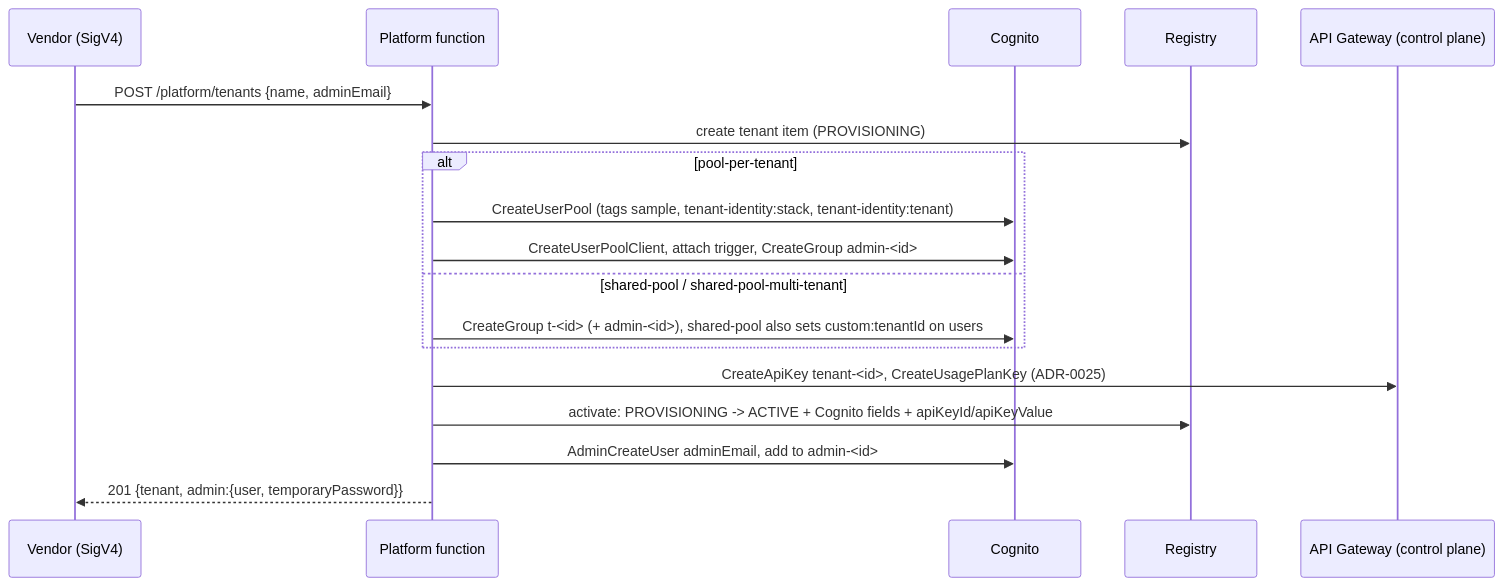
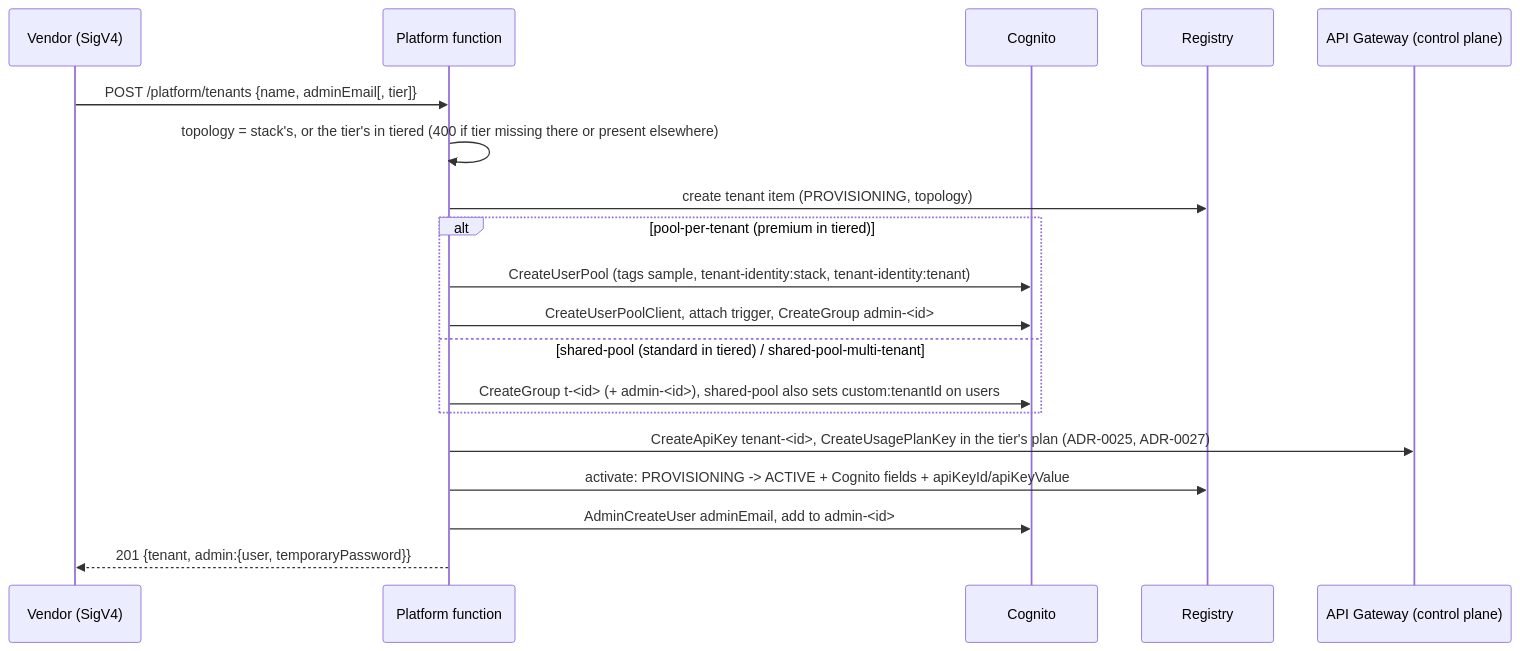
One commit to aws-samples/sample-agentic-ai-acceleration-patterns changed the first of 4 diagrams in samples/tenant-identity/architecture.md. Above: the diagram before and after it, drawn with Mermaid. The commit also changed other lines of this file and 50 other files, not shown here.

````diff
--- a/samples/tenant-identity/architecture.md
+++ b/samples/tenant-identity/architecture.md
@@ -250,20 +270,21 @@
 ```mermaid
 sequenceDiagram
     participant V as Vendor (SigV4)
     participant P as Platform function
     participant C as Cognito
     participant R as Registry
     participant G as API Gateway (control plane)
-    V->>P: POST /platform/tenants {name, adminEmail}
-    P->>R: create tenant item (PROVISIONING)
-    alt pool-per-tenant
+    V->>P: POST /platform/tenants {name, adminEmail[, tier]}
+    P->>P: topology = stack's, or the tier's in tiered (400 if tier missing there or present elsewhere)
+    P->>R: create tenant item (PROVISIONING, topology)
+    alt pool-per-tenant (premium in tiered)
         P->>C: CreateUserPool (tags sample, tenant-identity:stack, tenant-identity:tenant)
         P->>C: CreateUserPoolClient, attach trigger, CreateGroup admin-<id>
-    else shared-pool / shared-pool-multi-tenant
+    else shared-pool (standard in tiered) / shared-pool-multi-tenant
         P->>C: CreateGroup t-<id> (+ admin-<id>), shared-pool also sets custom:tenantId on users
     end
-    P->>G: CreateApiKey tenant-<id>, CreateUsagePlanKey (ADR-0025)
+    P->>G: CreateApiKey tenant-<id>, CreateUsagePlanKey in the tier's plan (ADR-0025, ADR-0027)
     P->>R: activate: PROVISIONING -> ACTIVE + Cognito fields + apiKeyId/apiKeyValue
     P->>C: AdminCreateUser adminEmail, add to admin-<id>
     P-->>V: 201 {tenant, admin:{user, temporaryPassword}}
 ```
````
